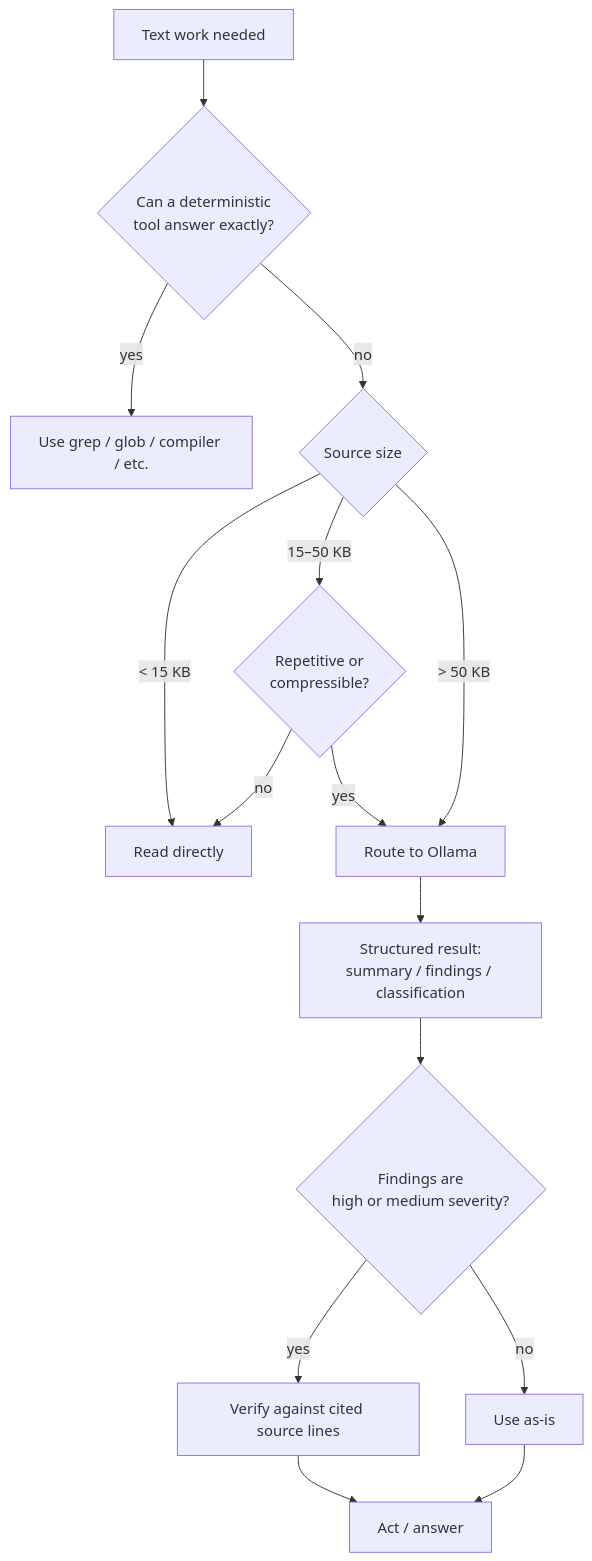
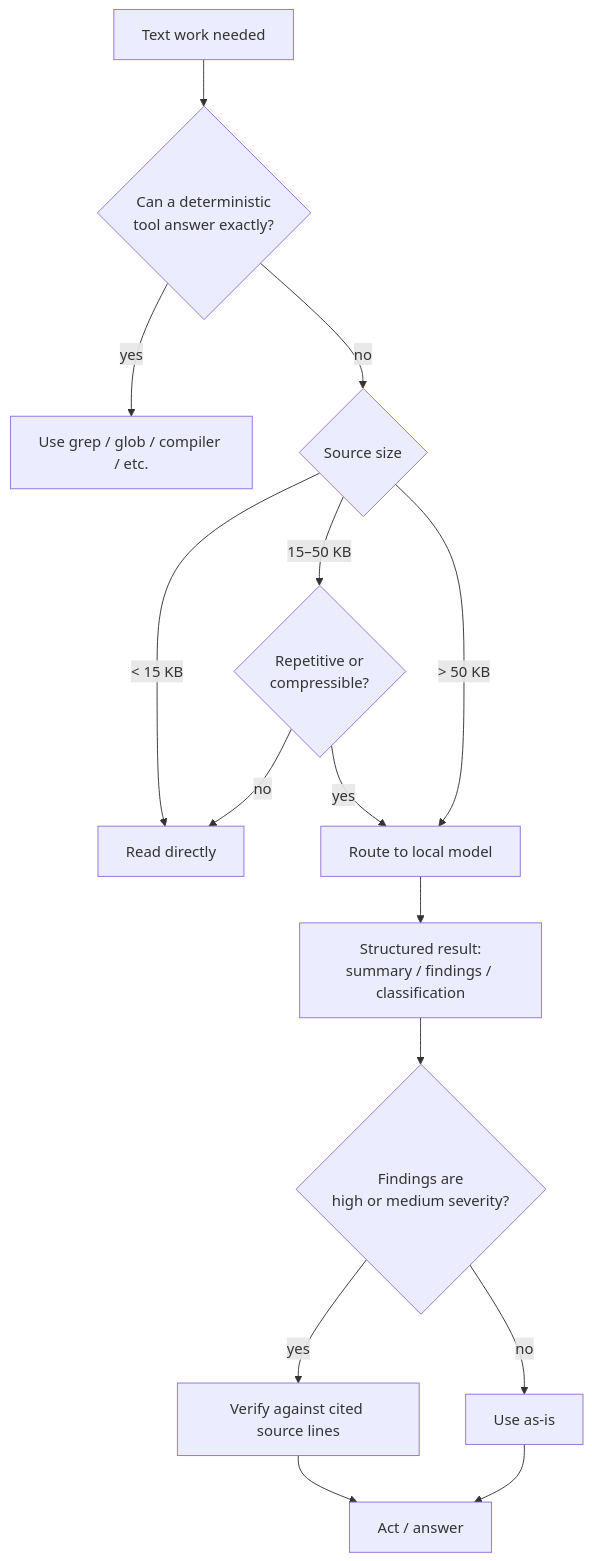
One commit to Jiayi0111/claude-local-model-routing-skill changed the diagram in README.md. Above: the diagram before and after it, drawn with Mermaid. The commit also changed other lines of this file and 2 other files, not shown here.

````diff
--- a/README.md
+++ b/README.md
@@ -50,17 +50,17 @@
 ```mermaid
 flowchart TD
     A[Text work needed] --> B{Can a deterministic<br/>tool answer exactly?}
     B -- yes --> C[Use grep / glob / compiler / etc.]
     B -- no --> D{Source size}
     D -- "< 15 KB" --> E[Read directly]
     D -- "15–50 KB" --> F{Repetitive or<br/>compressible?}
     F -- no --> E
-    F -- yes --> G[Route to Ollama]
+    F -- yes --> G[Route to local model]
     D -- "> 50 KB" --> G
     G --> H[Structured result:<br/>summary / findings / classification]
     H --> I{Findings are<br/>high or medium severity?}
     I -- yes --> J[Verify against cited source lines]
     I -- no --> K[Use as-is]
     J --> L[Act / answer]
     K --> L
 ```
````
